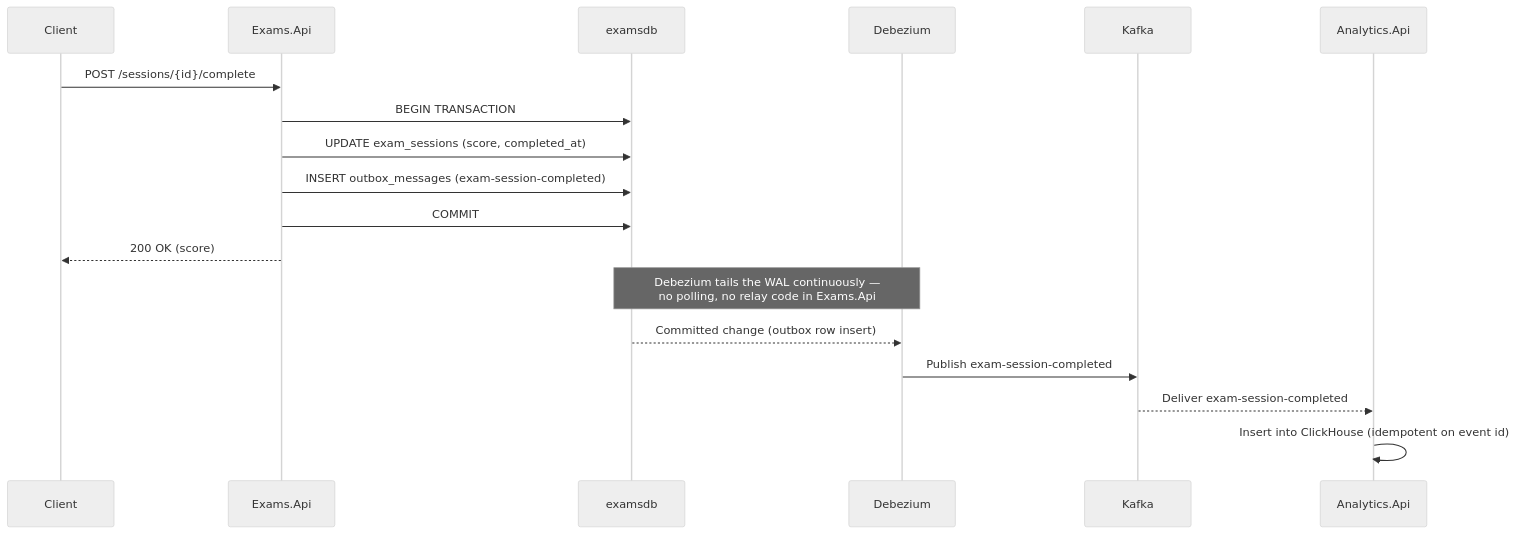
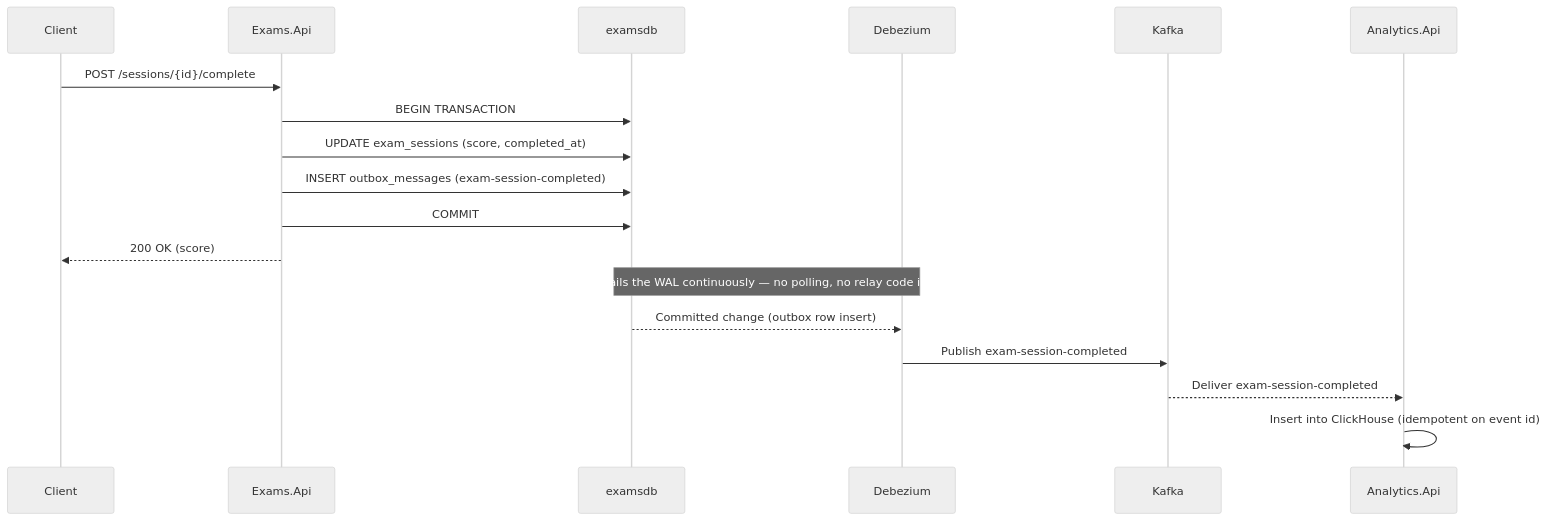
Before and after one commit to devMotcho/ExamPrep2: the fourth of 7 diagrams in docs/architecture/backend_architecture_planning.md, drawn with Mermaid (neutral theme). The commit also changed other lines of this file and 1 other file, not shown here.

````diff
--- a/docs/architecture/backend_architecture_planning.md
+++ b/docs/architecture/backend_architecture_planning.md
@@ -223,22 +244,22 @@
 ```mermaid
 sequenceDiagram
     participant C as Client
     participant E as Exams.Api
     participant D as examsdb
     participant Dbz as Debezium
     participant K as Kafka
     participant A as Analytics.Api
 
     C->>E: POST /sessions/{id}/complete
     E->>D: BEGIN TRANSACTION
     E->>D: UPDATE exam_sessions (score, completed_at)
     E->>D: INSERT outbox_messages (exam-session-completed)
     E->>D: COMMIT
     E-->>C: 200 OK (score)
 
-    Note over Dbz,D: Debezium tails the WAL continuously —<br/>no polling, no relay code in Exams.Api
+    Note over Dbz,D: Debezium tails the WAL continuously — no polling, no relay code in Exams.Api
     D-->>Dbz: Committed change (outbox row insert)
     Dbz->>K: Publish exam-session-completed
     K-->>A: Deliver exam-session-completed
     A->>A: Insert into ClickHouse (idempotent on event id)
 ```
````
